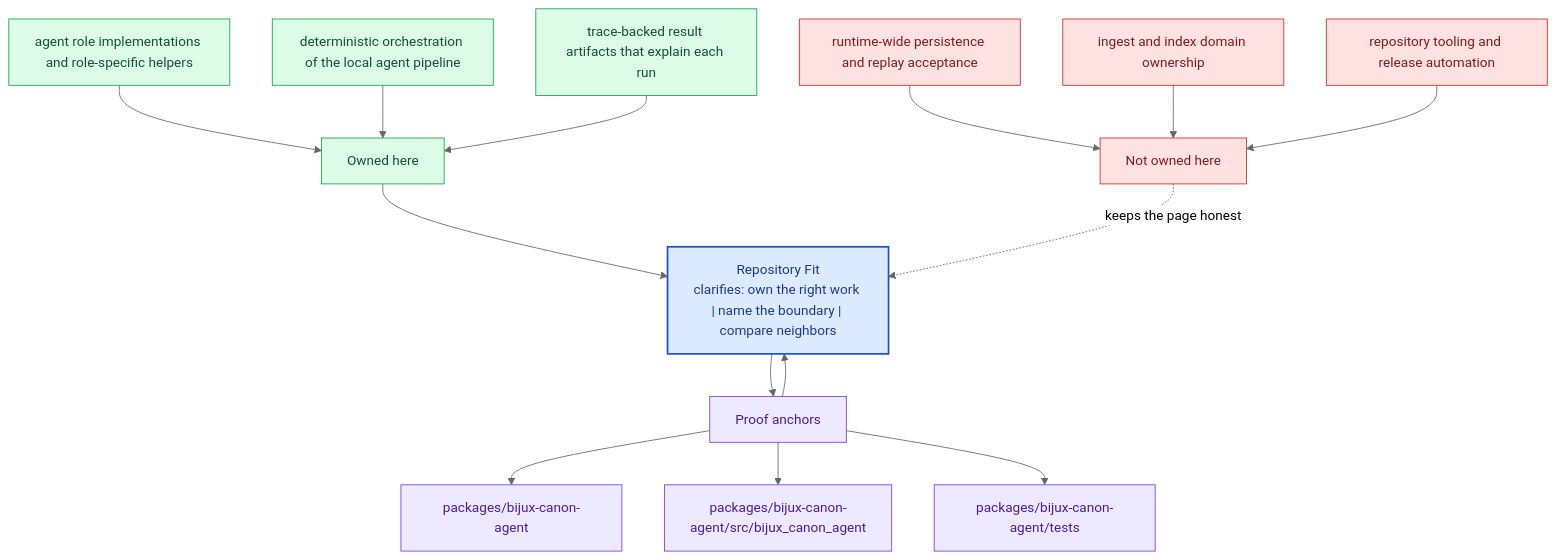
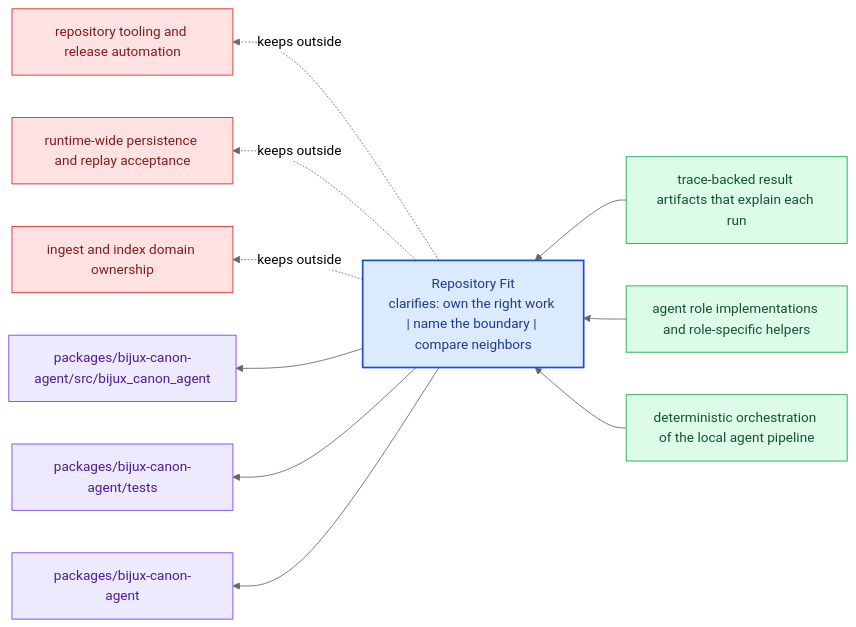
One commit to bijux/bijux-canon changed the diagram in docs/bijux-canon-agent/foundation/repository-fit.md. Above: the diagram before and after it, drawn with Mermaid (neutral theme). The commit also changed other lines of this file and 281 other files, not shown here.

Commit message:
docs(diagrams): replace repeated mermaid scaffolds with page-specific summaries

````diff
--- a/docs/bijux-canon-agent/foundation/repository-fit.md
+++ b/docs/bijux-canon-agent/foundation/repository-fit.md
@@ -69,40 +24,31 @@
 ```mermaid
-flowchart TB
-    promise["Repository Fit<br/>clarifies: own the right work | name the boundary | compare neighbors"]
-    classDef promise fill:#dbeafe,stroke:#1d4ed8,color:#1e3a8a,stroke-width:2px;
-    classDef driver fill:#dcfce7,stroke:#16a34a,color:#14532d;
-    classDef constraint fill:#fee2e2,stroke:#dc2626,color:#7f1d1d;
-    classDef ground fill:#ede9fe,stroke:#7c3aed,color:#4c1d95;
-    focus1["Owned here"]
-    focus1 --> promise
-    focus1_1["agent role implementations and role-specific helpers"]
-    focus1_1 --> focus1
-    focus1_2["deterministic orchestration of the local agent pipeline"]
-    focus1_2 --> focus1
-    focus1_3["trace-backed result artifacts that explain each run"]
-    focus1_3 --> focus1
-    class focus1 driver;
-    class focus1_1,focus1_2,focus1_3 driver;
-    focus2["Not owned here"]
-    focus2 -.keeps the page honest.-> promise
-    focus2_1["runtime-wide persistence and replay acceptance"]
-    focus2_1 --> focus2
-    focus2_2["ingest and index domain ownership"]
-    focus2_2 --> focus2
-    focus2_3["repository tooling and release automation"]
-    focus2_3 --> focus2
-    class focus2 constraint;
-    class focus2_1,focus2_2,focus2_3 constraint;
-    focus3["Proof anchors"]
-    focus3 --> promise
-    promise --> focus3
-    focus3_1["packages/bijux-canon-agent"]
-    focus3 --> focus3_1
-    focus3_2["packages/bijux-canon-agent/src/bijux_canon_agent"]
-    focus3 --> focus3_2
-    focus3_3["packages/bijux-canon-agent/tests"]
-    focus3 --> focus3_3
-    class focus3 ground;
-    class focus3_1,focus3_2,focus3_3 ground;
-    class promise promise;
+flowchart RL
+    page["Repository Fit<br/>clarifies: own the right work | name the boundary | compare neighbors"]
+    classDef page fill:#dbeafe,stroke:#1d4ed8,color:#1e3a8a,stroke-width:2px;
+    classDef positive fill:#dcfce7,stroke:#16a34a,color:#14532d;
+    classDef caution fill:#fee2e2,stroke:#dc2626,color:#7f1d1d;
+    classDef anchor fill:#ede9fe,stroke:#7c3aed,color:#4c1d95;
+    classDef action fill:#fef3c7,stroke:#d97706,color:#7c2d12;
+    own1["trace-backed result artifacts that explain each run"]
+    own1 --> page
+    own2["agent role implementations and role-specific helpers"]
+    own2 --> page
+    own3["deterministic orchestration of the local agent pipeline"]
+    own3 --> page
+    limit1["repository tooling and release automation"]
+    page -.keeps outside.-> limit1
+    limit2["runtime-wide persistence and replay acceptance"]
+    page -.keeps outside.-> limit2
+    limit3["ingest and index domain ownership"]
+    page -.keeps outside.-> limit3
+    anchor1["packages/bijux-canon-agent/src/bijux_canon_agent"]
+    page --> anchor1
+    anchor2["packages/bijux-canon-agent/tests"]
+    page --> anchor2
+    anchor3["packages/bijux-canon-agent"]
+    page --> anchor3
+    class page page;
+    class own1,own2,own3 positive;
+    class limit1,limit2,limit3 caution;
+    class anchor1,anchor2,anchor3 anchor;
 ```
````
